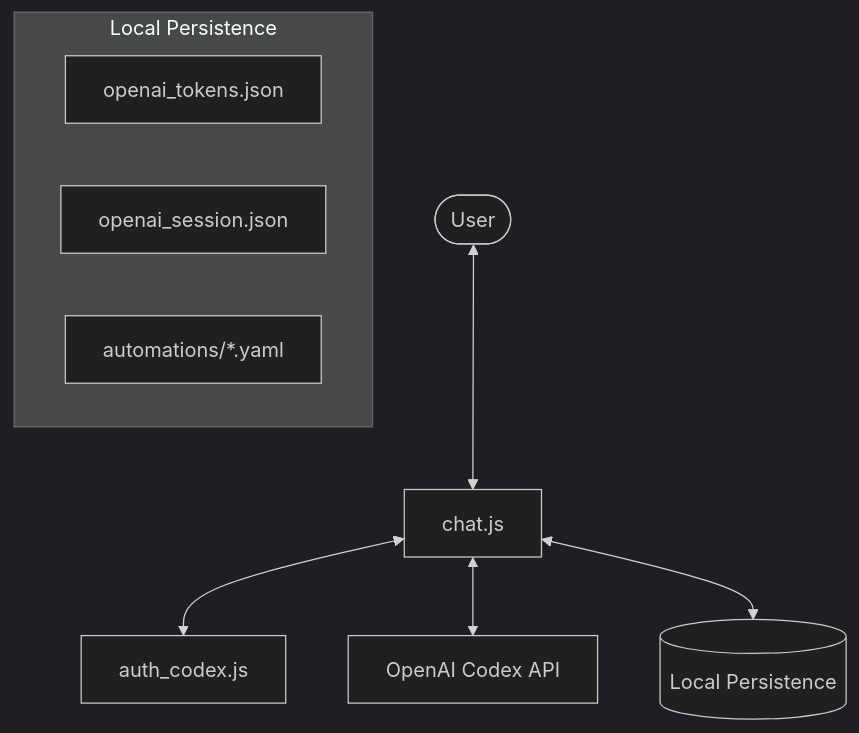
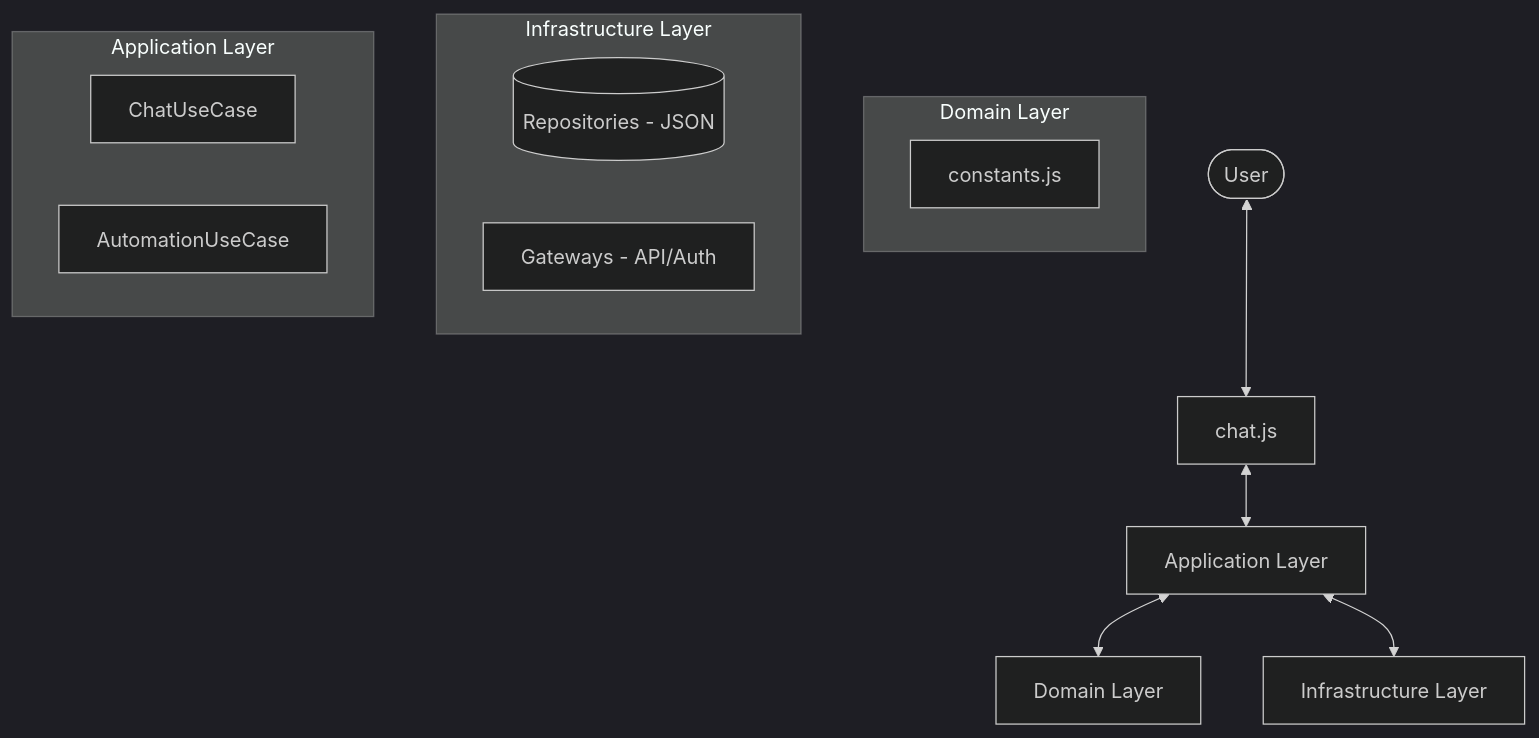
One commit to Benevalterjr/Codexia changed the diagram in spec.md. Above: the diagram before and after it, drawn with Mermaid (dark theme). The commit also changed other lines of this file and 13 other files, not shown here.

Commit message:
Refactor to Clean Architecture and rebranding to Codexia

````diff
--- a/spec.md
+++ b/spec.md
@@ -9,13 +11,21 @@
 ```mermaid
 graph TD
-    User([User]) <--> CLI[chat.js]
-    CLI <--> Auth[auth_codex.js]
-    CLI <--> API[OpenAI Codex API]
-    CLI <--> Storage[(Local Persistence)]
+    User([User]) <--> Interface[chat.js]
+    Interface <--> App[Application Layer]
+    App <--> Domain[Domain Layer]
+    App <--> Infra[Infrastructure Layer]
     
-    subgraph Local Persistence
-        Tokens[openai_tokens.json]
-        Session[openai_session.json]
-        Auto[automations/*.yaml]
+    subgraph Domain Layer
+        Constants[constants.js]
+    end
+    
+    subgraph Infrastructure Layer
+        Repos[(Repositories - JSON)]
+        Gateways[Gateways - API/Auth]
+    end
+    
+    subgraph Application Layer
+        ChatUC[ChatUseCase]
+        AutoUC[AutomationUseCase]
     end
 ```
````
